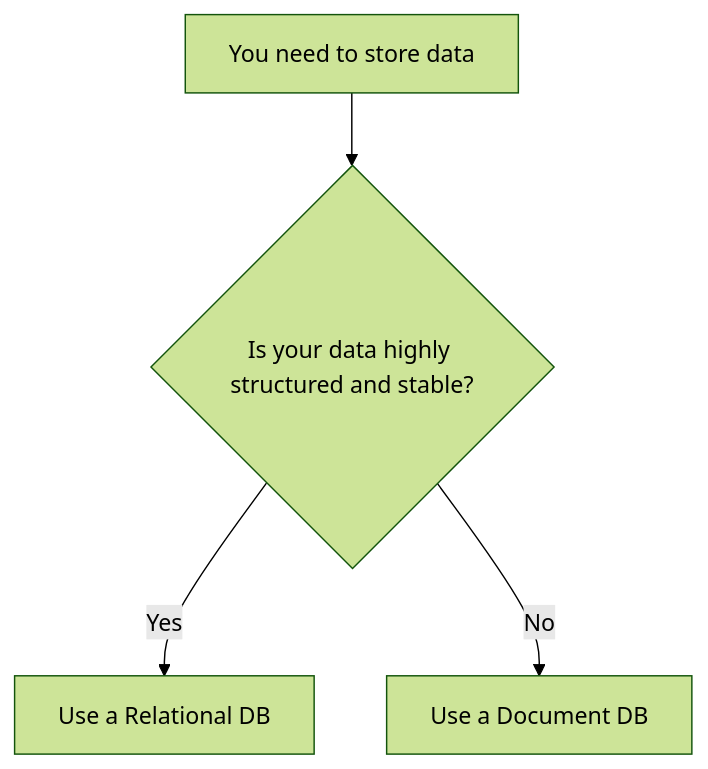
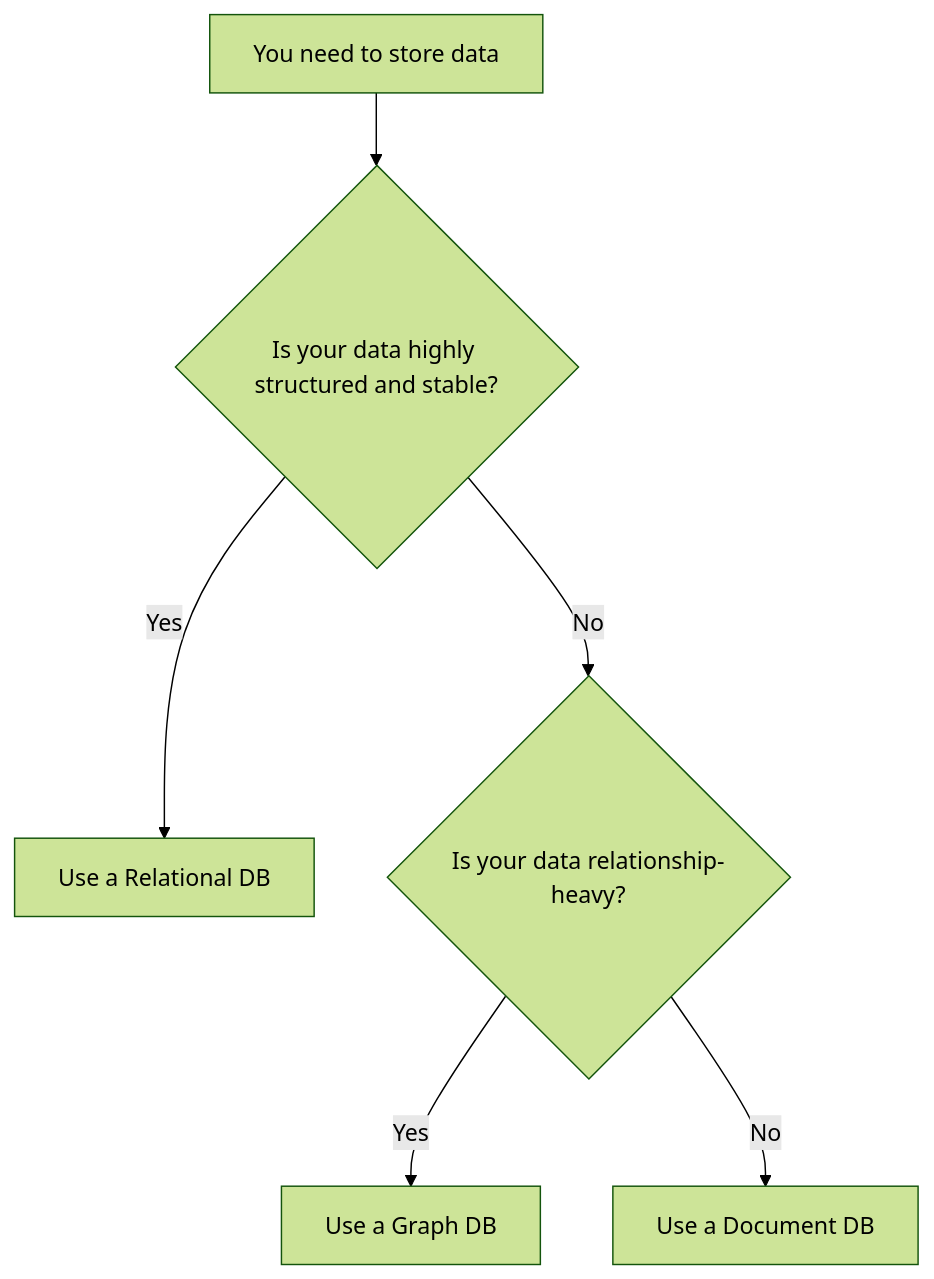
The diagram in databases/README.md (icdocsoc/ichack-hackpacks), drawn with Mermaid (forest theme) before and after one commit. The commit also changed other lines of this file, not shown here.

Commit message:
minor changes to base databases HackPack and added back some mention of graph databases

````diff
--- a/databases/README.md
+++ b/databases/README.md
@@ -12,8 +14,11 @@
 ```mermaid
 flowchart TD
     A[You need to store data] --> B{Is your data highly structured and stable?}
 
 
     B -->|Yes| C[Use a Relational DB]
-    B -->|No| D[Use a Document DB]
+    B -->|No| D{Is your data relationship-heavy?}
+
+    D -->|Yes| E[Use a Graph DB]
+    D -->|No| F[Use a Document DB]
 ```
````
